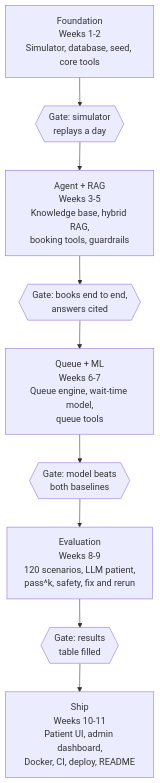
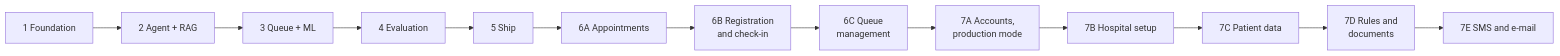
The third of 3 diagrams in docs/CareFlow-Project-Documentation.md (OmkarJayvantJadhav/CareFlow), drawn with Mermaid before and after one commit. The commit also changed other lines of this file and 4 other files, not shown here.

````diff
--- a/docs/CareFlow-Project-Documentation.md
+++ b/docs/CareFlow-Project-Documentation.md
@@ -707,13 +1022,6 @@
 ```mermaid
-flowchart TB
-    F["Foundation<br/>Weeks 1-2<br/>Simulator, database, seed, core tools"]
-    G1{{"Gate: simulator<br/>replays a day"}}
-    R["Agent + RAG<br/>Weeks 3-5<br/>Knowledge base, hybrid RAG,<br/>booking tools, guardrails"]
-    G2{{"Gate: books end to end,<br/>answers cited"}}
-    Q["Queue + ML<br/>Weeks 6-7<br/>Queue engine, wait-time model,<br/>queue tools"]
-    G3{{"Gate: model beats<br/>both baselines"}}
-    E["Evaluation<br/>Weeks 8-9<br/>120 scenarios, LLM patient,<br/>pass^k, safety, fix and rerun"]
-    G4{{"Gate: results<br/>table filled"}}
-    S["Ship<br/>Weeks 10-11<br/>Patient UI, admin dashboard,<br/>Docker, CI, deploy, README"]
-    F --> G1 --> R --> G2 --> Q --> G3 --> E --> G4 --> S
+flowchart LR
+    F["1 Foundation"] --> R["2 Agent + RAG"] --> Q["3 Queue + ML"] --> E["4 Evaluation"] --> S["5 Ship"]
+    S --> A6["6A Appointments"] --> B6["6B Registration<br/>and check-in"] --> C6["6C Queue<br/>management"]
+    C6 --> A7["7A Accounts,<br/>production mode"] --> B7["7B Hospital setup"] --> C7["7C Patient data"] --> D7["7D Rules and<br/>documents"] --> E7["7E SMS and e-mail"]
 ```
````
